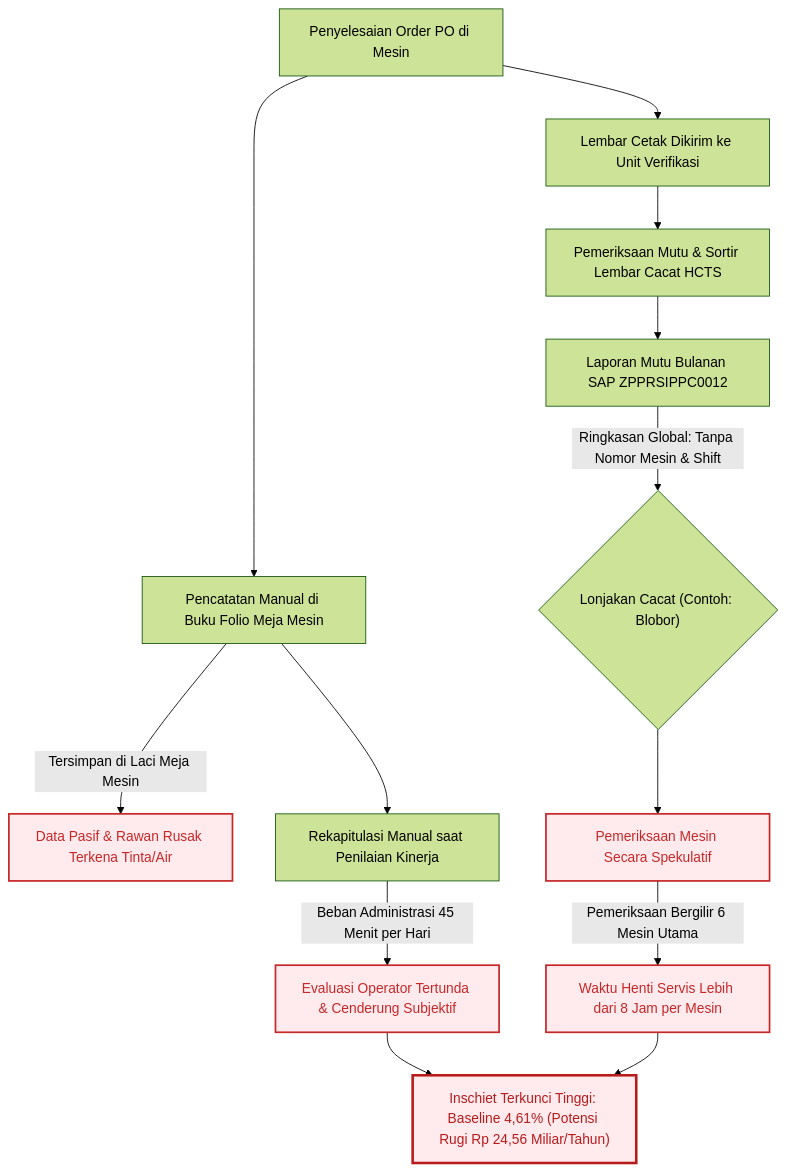
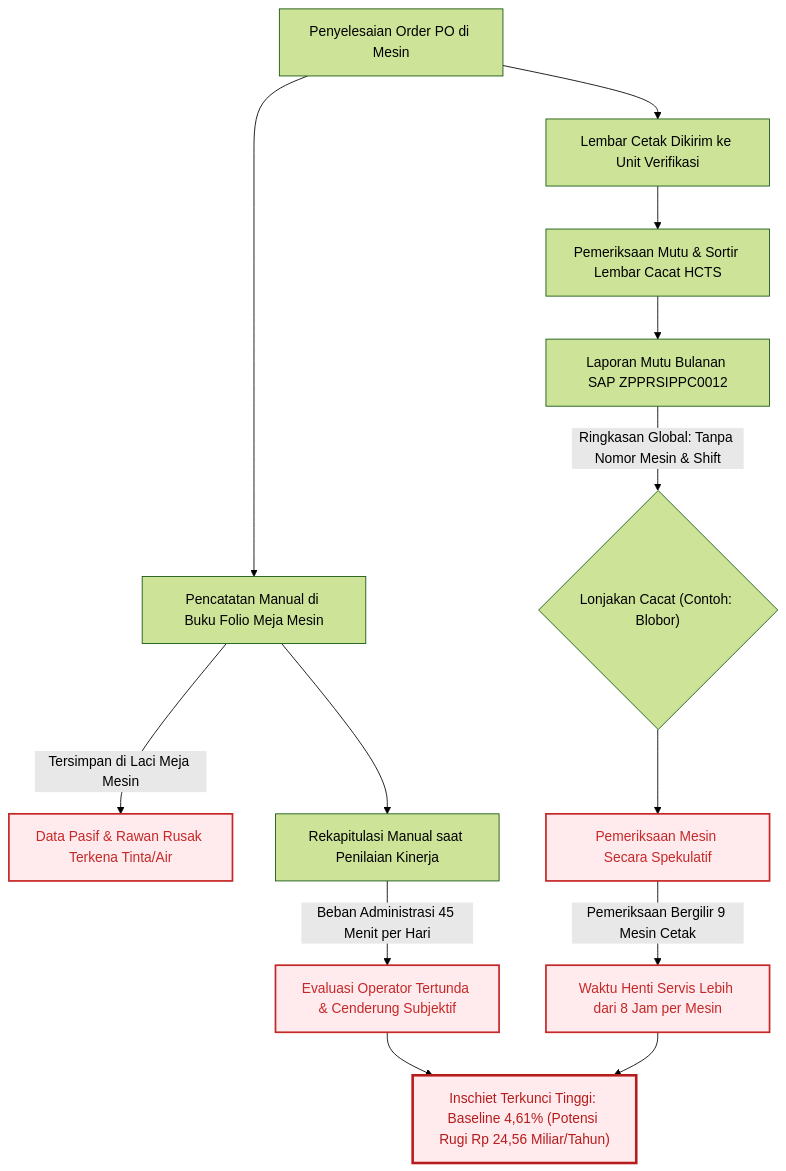
Before and after one commit to ZulfikarHD/iaka-2026: the second of 5 diagrams in makalah-iaka-2026/BAB4.md, drawn with Mermaid (forest theme). The commit also changed other lines of this file and 8 other files, not shown here.

````diff
--- a/makalah-iaka-2026/BAB4.md
+++ b/makalah-iaka-2026/BAB4.md
@@ -93,21 +93,21 @@
 ```mermaid
 graph TD
     A["Penyelesaian Order PO di Mesin"] --> B["Pencatatan Manual di Buku Folio Meja Mesin"]
     B -->|Tersimpan di Laci Meja Mesin| C["Data Pasif & Rawan Rusak Terkena Tinta/Air"]
     A --> D["Lembar Cetak Dikirim ke Unit Verifikasi"]
     D --> E["Pemeriksaan Mutu & Sortir Lembar Cacat HCTS"]
     E --> F["Laporan Mutu Bulanan SAP ZPPRSIPPC0012"]
     F -->|Ringkasan Global: Tanpa Nomor Mesin & Shift| G{"Lonjakan Cacat (Contoh: Blobor)"}
     G --> H["Pemeriksaan Mesin Secara Spekulatif"]
-    H -->|Pemeriksaan Bergilir 6 Mesin Utama| I["Waktu Henti Servis Lebih dari 8 Jam per Mesin"]
+    H -->|Pemeriksaan Bergilir 9 Mesin Cetak| I["Waktu Henti Servis Lebih dari 8 Jam per Mesin"]
     B --> J["Rekapitulasi Manual saat Penilaian Kinerja"]
     J -->|Beban Administrasi 45 Menit per Hari| K["Evaluasi Operator Tertunda & Cenderung Subjektif"]
     I --> L["Inschiet Terkunci Tinggi: Baseline 4,61% (Potensi Rugi Rp 24,56 Miliar/Tahun)"]
     K --> L
 
     style C fill:#ffebee,stroke:#c62828,stroke-width:2px,color:#c62828
     style H fill:#ffebee,stroke:#c62828,stroke-width:2px,color:#c62828
     style I fill:#ffebee,stroke:#c62828,stroke-width:2px,color:#c62828
     style K fill:#ffebee,stroke:#c62828,stroke-width:2px,color:#c62828
     style L fill:#ffebee,stroke:#b71c1c,stroke-width:3px,color:#b71c1c
 ```
````
